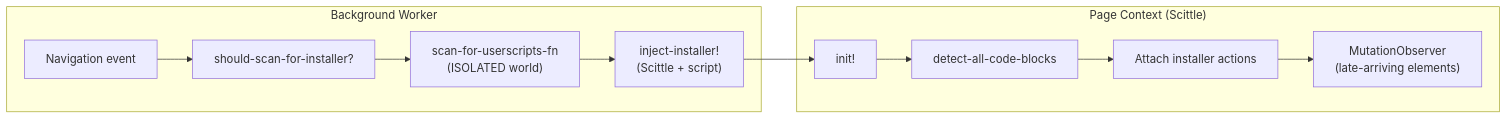
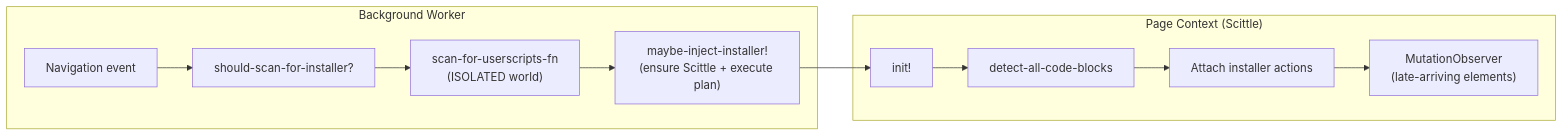
The diagram in dev/docs/architecture/web-installer.md (PEZ/browser-jack-in), drawn with Mermaid before and after one commit. The commit also changed other lines of this file and 24 other files, not shown here.

````diff
--- a/dev/docs/architecture/web-installer.md
+++ b/dev/docs/architecture/web-installer.md
@@ -11,14 +11,14 @@
 ```mermaid
 flowchart LR
     subgraph Background ["Background Worker"]
         NAV["Navigation event"] --> GATE["should-scan-for-installer?"]
         GATE --> SCAN["scan-for-userscripts-fn\n(ISOLATED world)"]
-        SCAN --> INJ["inject-installer!\n(Scittle + script)"]
+        SCAN --> INJ["maybe-inject-installer!\n(ensure Scittle + execute plan)"]
     end
     subgraph Page ["Page Context (Scittle)"]
         INJ --> INIT["init!"]
         INIT --> DETECT["detect-all-code-blocks"]
         DETECT --> BTN["Attach installer actions"]
         BTN --> MO["MutationObserver\n(late-arriving elements)"]
     end
 ```
````
